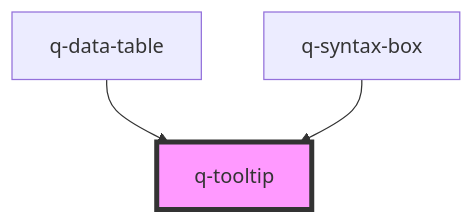
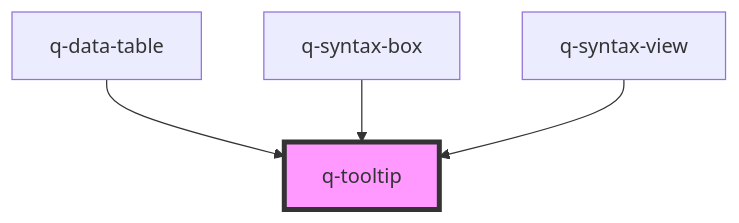
One commit to XsAndre-L/WebQuark changed the diagram in src/browser/components/overlays/tooltip/readme.md. Above: the diagram before and after it, drawn with Mermaid. The commit also changed other lines of this file and 67 other files, not shown here.

````diff
--- a/src/browser/components/overlays/tooltip/readme.md
+++ b/src/browser/components/overlays/tooltip/readme.md
@@ -36,6 +37,7 @@
 ```mermaid
 graph TD;
   q-data-table --> q-tooltip
   q-syntax-box --> q-tooltip
+  q-syntax-view --> q-tooltip
   style q-tooltip fill:#f9f,stroke:#333,stroke-width:4px
 ```
````
